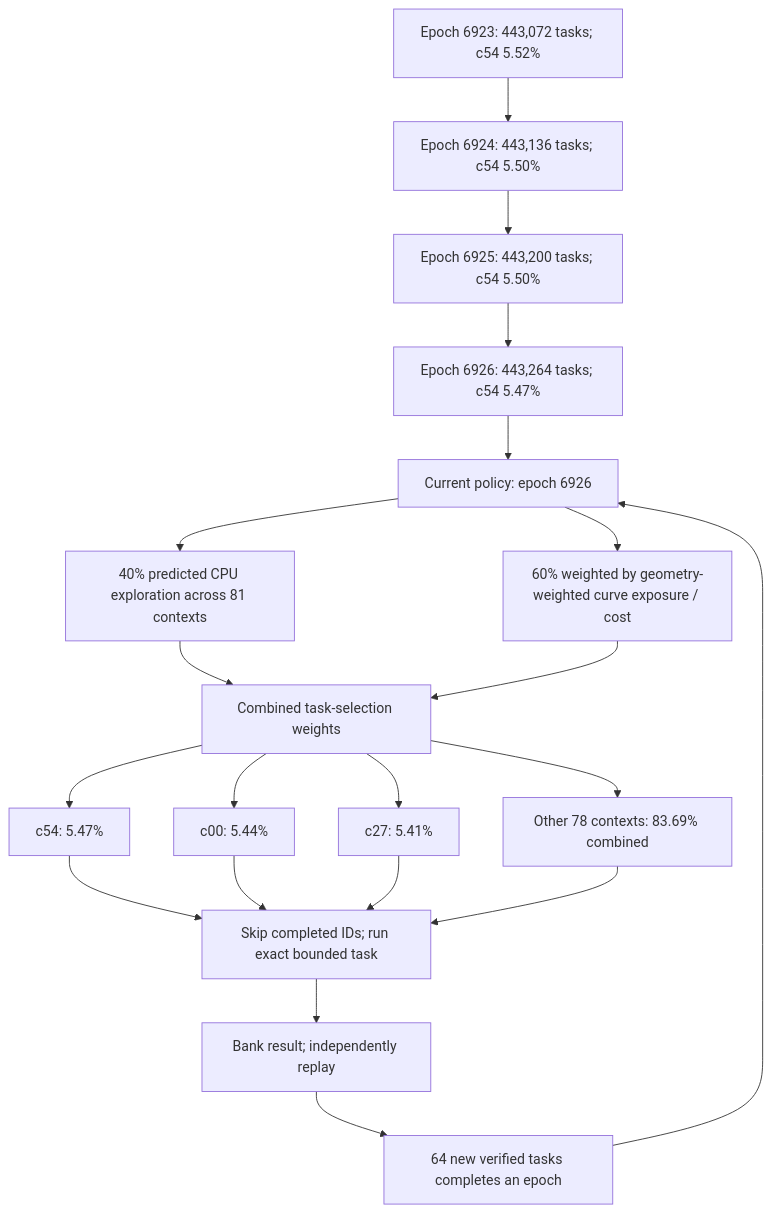
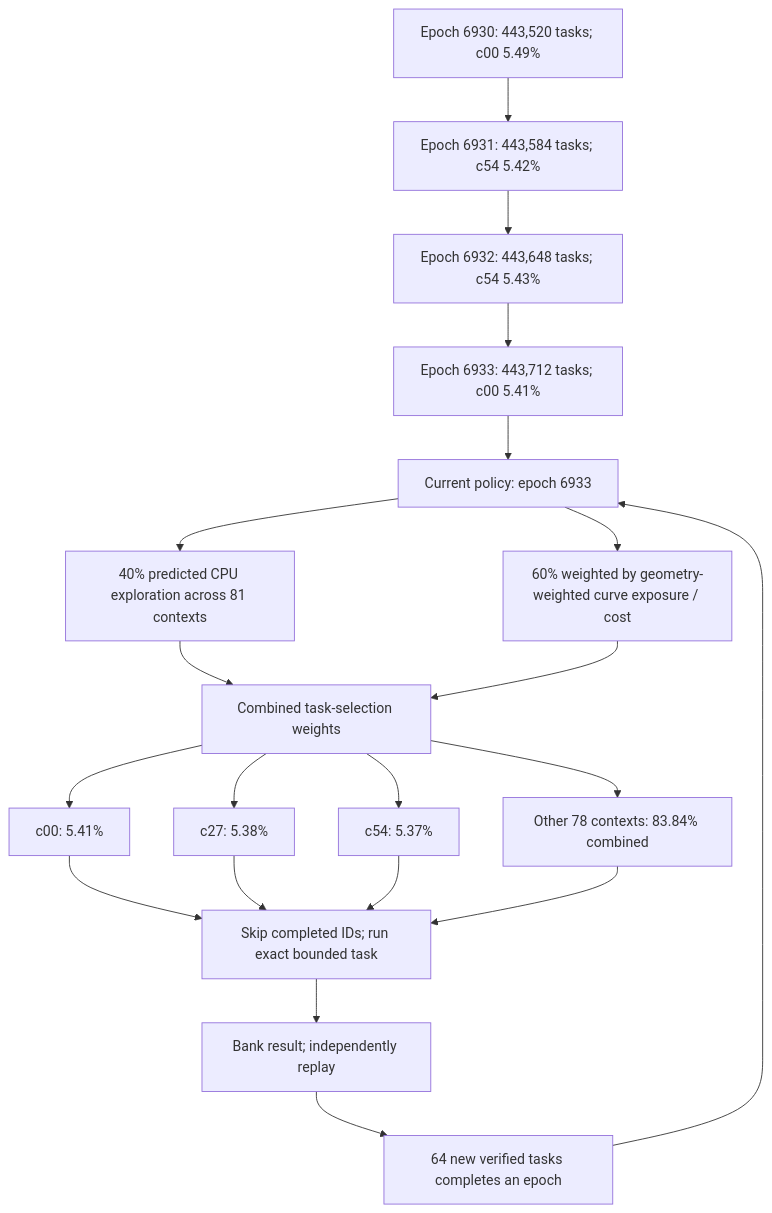
Before and after one commit to Kuberwastaken/math-gambling: the first of 4 diagrams in README.md, drawn with Mermaid. The commit also changed other lines of this file and 1954 other files, not shown here.

````diff
--- a/README.md
+++ b/README.md
@@ -60,27 +60,27 @@
 ```mermaid
 flowchart TD
-    H0["Epoch 6923: 443,072 tasks; c54 5.52%"]
-    H1["Epoch 6924: 443,136 tasks; c54 5.50%"]
+    H0["Epoch 6930: 443,520 tasks; c00 5.49%"]
+    H1["Epoch 6931: 443,584 tasks; c54 5.42%"]
     H0 --> H1
-    H2["Epoch 6925: 443,200 tasks; c54 5.50%"]
+    H2["Epoch 6932: 443,648 tasks; c54 5.43%"]
     H1 --> H2
-    H3["Epoch 6926: 443,264 tasks; c54 5.47%"]
+    H3["Epoch 6933: 443,712 tasks; c00 5.41%"]
     H2 --> H3
-    Policy["Current policy: epoch 6926"]
+    Policy["Current policy: epoch 6933"]
     H3 --> Policy
     Policy --> Explore["40% predicted CPU exploration across 81 contexts"]
     Policy --> Cost["60% weighted by geometry-weighted curve exposure / cost"]
     Explore --> Mix["Combined task-selection weights"]
     Cost --> Mix
-    Mix --> C0["c54: 5.47%"]
-    Mix --> C1["c00: 5.44%"]
-    Mix --> C2["c27: 5.41%"]
-    Mix --> Rest["Other 78 contexts: 83.69% combined"]
+    Mix --> C0["c00: 5.41%"]
+    Mix --> C1["c27: 5.38%"]
+    Mix --> C2["c54: 5.37%"]
+    Mix --> Rest["Other 78 contexts: 83.84% combined"]
     C0 --> Check["Skip completed IDs; run exact bounded task"]
     C1 --> Check
     C2 --> Check
     Rest --> Check
     Check --> Replay["Bank result; independently replay"]
     Replay --> Gate["64 new verified tasks completes an epoch"]
     Gate --> Policy
 ```
````
